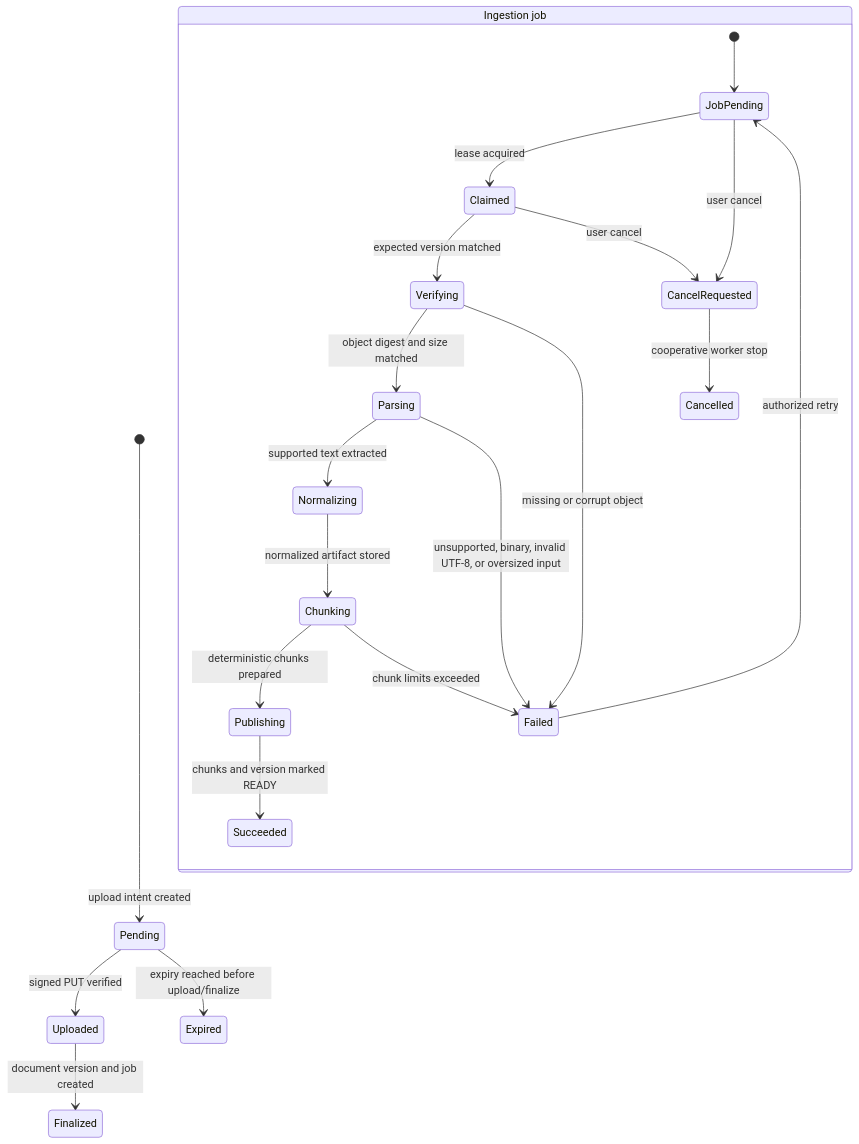
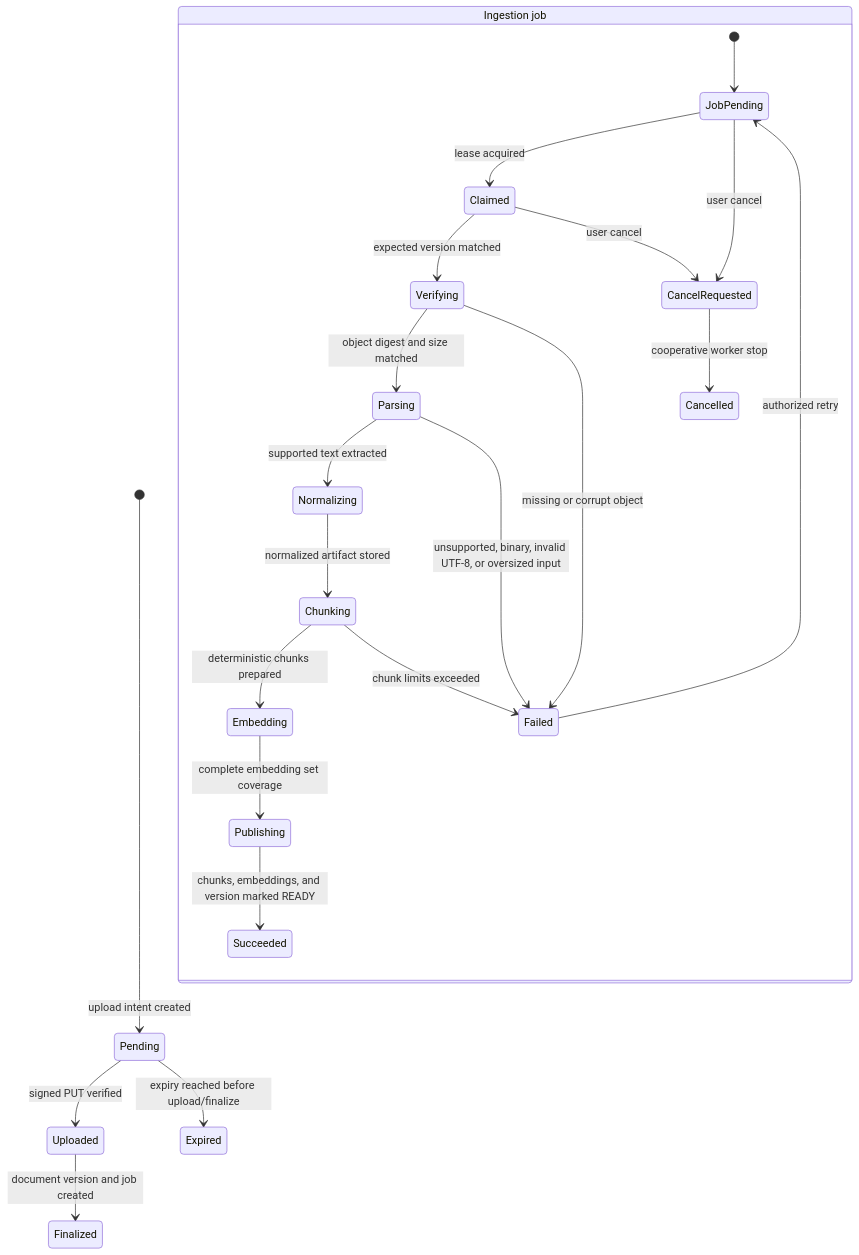
Before and after one commit to codevoks/atlas-ai: the sixth of 13 diagrams in docs/system-design-visuals.md, drawn with Mermaid. The commit also changed other lines of this file and 32 other files, not shown here.

````diff
--- a/docs/system-design-visuals.md
+++ b/docs/system-design-visuals.md
@@ -160,25 +160,26 @@
 ```mermaid
 stateDiagram-v2
     [*] --> Pending: upload intent created
     Pending --> Uploaded: signed PUT verified
     Uploaded --> Finalized: document version and job created
     Pending --> Expired: expiry reached before upload/finalize
 
     state "Ingestion job" as Job {
         [*] --> JobPending
         JobPending --> Claimed: lease acquired
         Claimed --> Verifying: expected version matched
         Verifying --> Parsing: object digest and size matched
         Parsing --> Normalizing: supported text extracted
         Normalizing --> Chunking: normalized artifact stored
-        Chunking --> Publishing: deterministic chunks prepared
-        Publishing --> Succeeded: chunks and version marked READY
+        Chunking --> Embedding: deterministic chunks prepared
+        Embedding --> Publishing: complete embedding set coverage
+        Publishing --> Succeeded: chunks, embeddings, and version marked READY
         Verifying --> Failed: missing or corrupt object
         Parsing --> Failed: unsupported, binary, invalid UTF-8, or oversized input
         Chunking --> Failed: chunk limits exceeded
         JobPending --> CancelRequested: user cancel
         Claimed --> CancelRequested: user cancel
         CancelRequested --> Cancelled: cooperative worker stop
         Failed --> JobPending: authorized retry
     }
 ```
````
